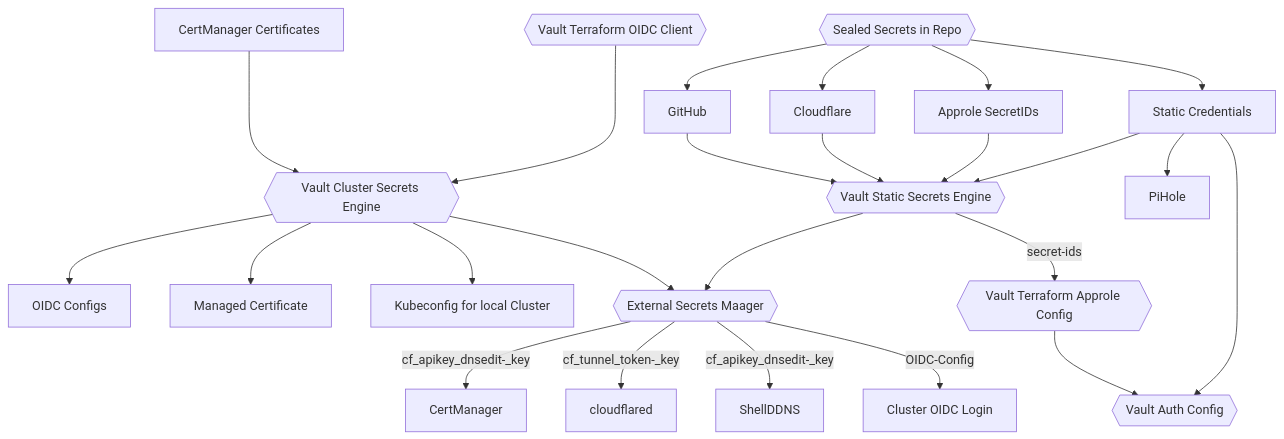
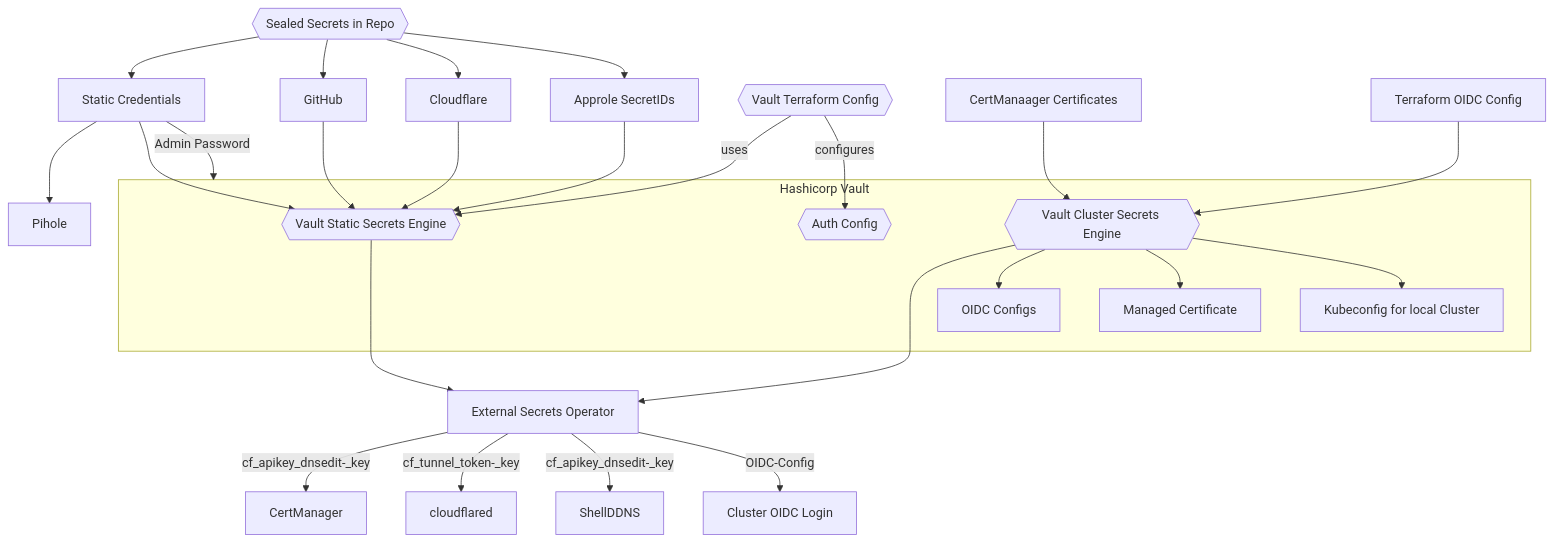
The second of 2 diagrams in README.md (ThomasBuchinger/voodoo-gitops), drawn with Mermaid before and after one commit. The commit also changed other lines of this file and 57 other files, not shown here.

````diff
--- a/README.md
+++ b/README.md
@@ -88,43 +79,50 @@
 ```mermaid
+flowchart TD
+ss{{Sealed Secrets in Repo}}
 
-flowchart TD
+ss_creds-->Pihole
+ss-->ss_creds[Static Credentials]
+ss-->ss_github[GitHub]
+ss-->ss_cf[Cloudflare]
+ss-->ss_approle[Approle SecretIDs]
 
-repo{{Sealed Secrets in Repo}}
-repo-->Cloudflare
-repo-->GitHub
-repo-->secretids[Approle SecretIDs]
-repo-->creds[Static Credentials]
+tfc{{Vault Terraform Config}}
+tfc--uses-->vault-static
+tfc--configures-->vault-auth
+
+ss_creds--Admin Password-->vault
+ss_creds-->vault-static
+ss_github-->vault-static
+ss_cf-->vault-static
+ss_approle-->vault-static
+
+certman_cert[CertManaager Certificates]
+tf_oidc[Terraform OIDC Config]
+certman_cert-->vault-cluster
+tf_oidc-->vault-cluster
+
+
+es[External Secrets Operator]
+vault-static--->es
+vault-cluster--->es
+
+
+subgraph vault[Hashicorp Vault]
 
 vault-static{{Vault Static Secrets Engine}}
-GitHub-->vault-static
-Cloudflare-->vault-static
-secretids-->vault-static
-creds-->vault-static
+vault-auth{{Auth Config}}
+vault-cluster{{Vault Cluster Secrets Engine}}
 
-vault-cluster{{Vault Cluster Secrets Engine}}
-certs[CertManager Certificates]--->vault-cluster
 vault-cluster-->oidc-config[OIDC Configs]
 vault-cluster-->external-certs[Managed Certificate]
 vault-cluster-->kubeconfig[Kubeconfig for local Cluster]
-vault-cluster-->es
 
-es{{External Secrets Maager}}
-vault-static--> es
+end
+
+
 es--cf_apikey_dnsedit-_key-->CertManager
 es--cf_tunnel_token-_key-->cloudflared
 es--cf_apikey_dnsedit-_key-->ShellDDNS
 es--OIDC-Config-->vault-oidc[Cluster OIDC Login]
 
-
-vault-auth{{Vault Auth Config}}
-vault-tf-approle-->vault-auth
-creds-->vault-auth
-creds-->PiHole
-
-vault-tf-approle{{Vault Terraform Approle Config}}
-vault-static--secret-ids-->vault-tf-approle
-
-vault-tf-oidc{{Vault Terraform OIDC Client}}
-vault-tf-oidc--->vault-cluster
-
 ```
````
